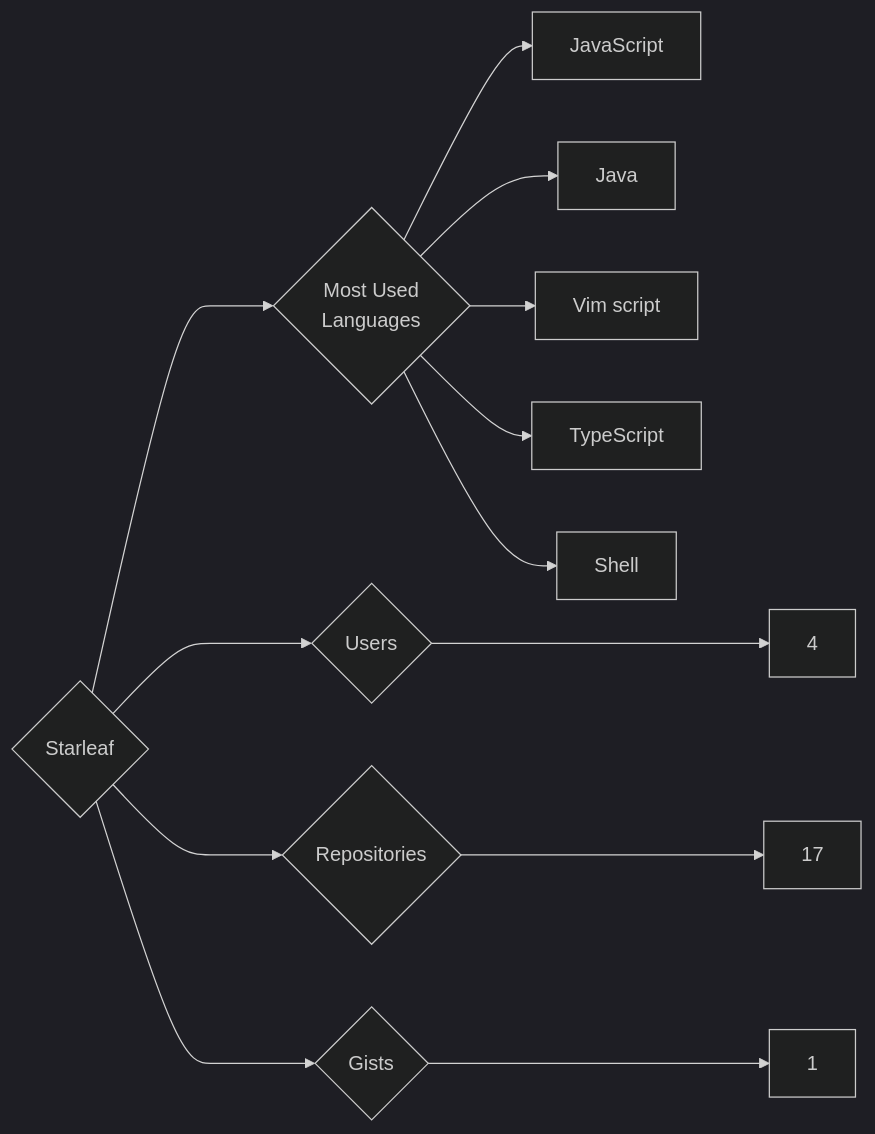
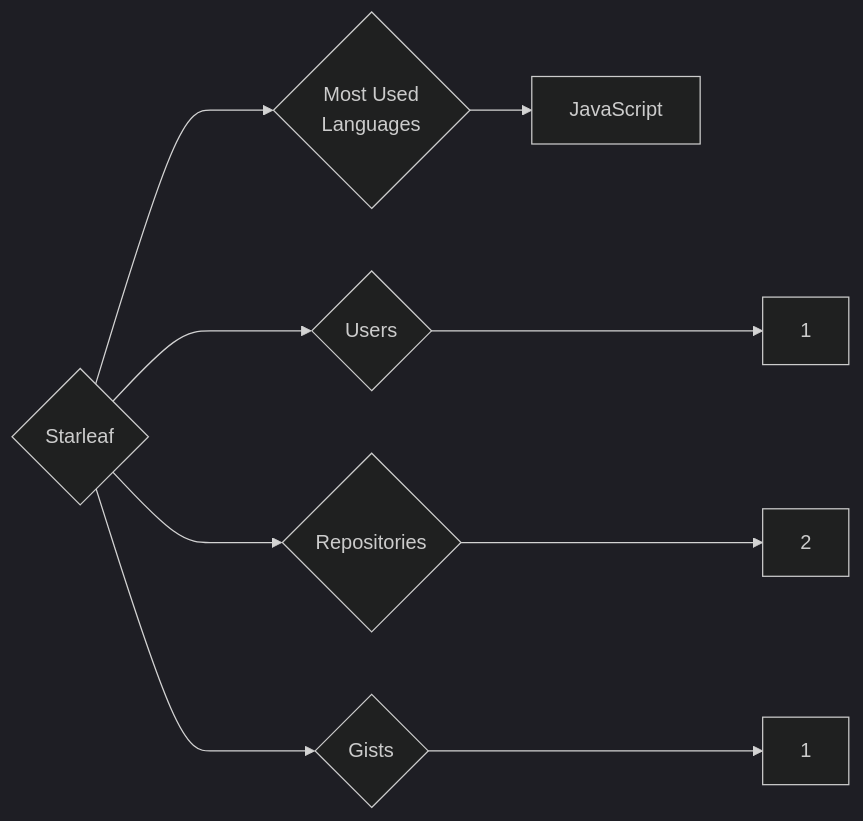
Before and after one commit to trickest/insiders: the diagram in targets/Starleaf/README.md, drawn with Mermaid (dark theme). The commit also changed 972 other files, not shown here.

````diff
--- a/targets/Starleaf/README.md
+++ b/targets/Starleaf/README.md
@@ -3,13 +3,9 @@
 ```mermaid
 graph LR
 COMPANY_NAME{Starleaf}
-COMPANY_NAME ---> U{Users} ---> UN[4]
-COMPANY_NAME ---> R{Repositories} ---> RN[17]
+COMPANY_NAME ---> U{Users} ---> UN[1]
+COMPANY_NAME ---> R{Repositories} ---> RN[2]
 COMPANY_NAME ---> G{Gists} ---> GN[1]
 COMPANY_NAME ---> ML{Most Used<br>Languages}
 ML --> JavaScript[JavaScript]
-ML --> Java[Java]
-ML --> Vim_script[Vim script]
-ML --> TypeScript[TypeScript]
-ML --> Shell[Shell]
 ```
````
